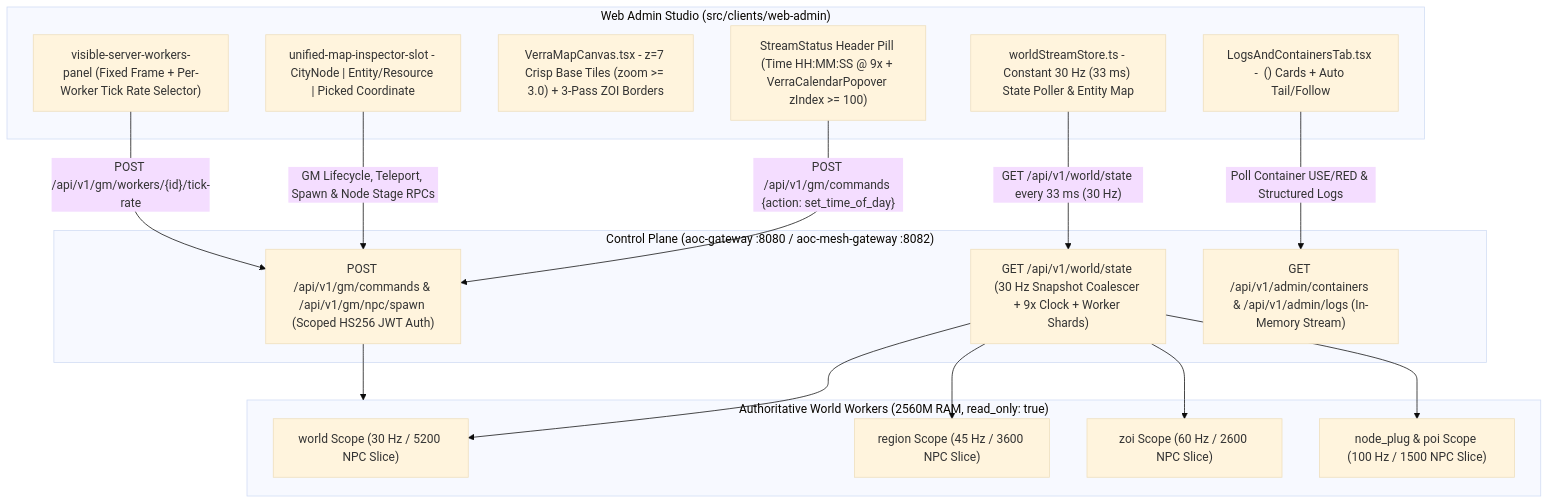
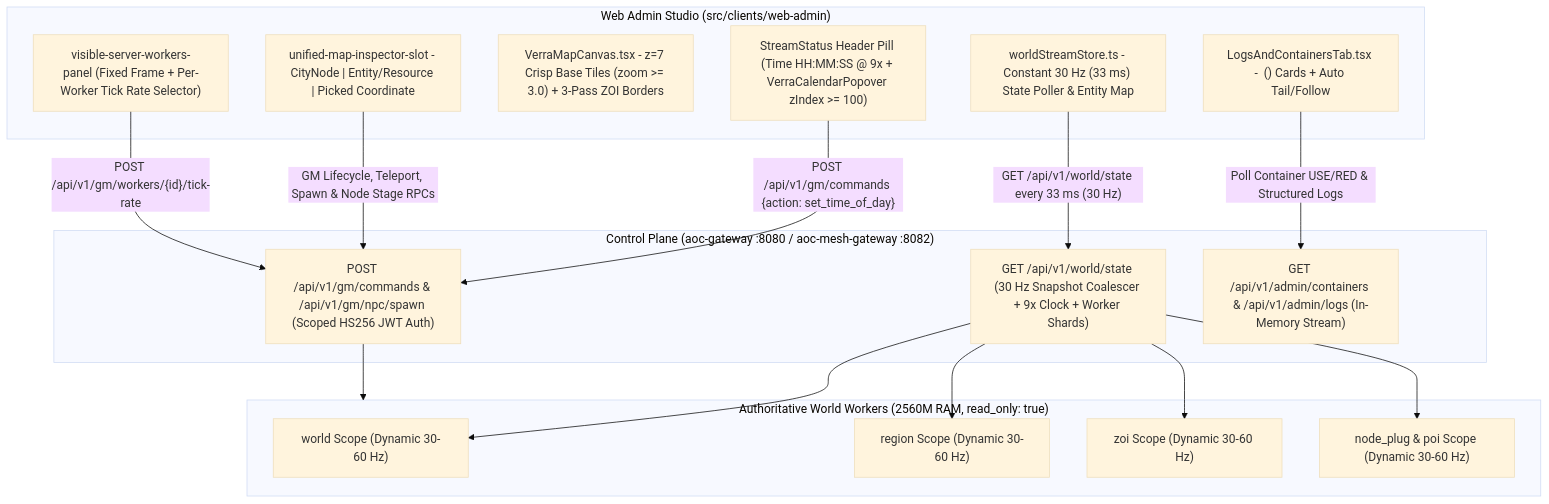
The diagram in docs/WEB_ADMIN_ARCHITECTURE.md (debuggin/SandalCore), drawn with Mermaid (base theme) before and after one commit. The commit also changed other lines of this file and 18 other files, not shown here.

````diff
--- a/docs/WEB_ADMIN_ARCHITECTURE.md
+++ b/docs/WEB_ADMIN_ARCHITECTURE.md
@@ -11,35 +11,35 @@
 ```mermaid
 flowchart TB
     subgraph BrowserSPA["Web Admin Studio (src/clients/web-admin)"]
         Store["worldStreamStore.ts - Constant 30 Hz (33 ms) State Poller & Entity Map"]
         TimePill["StreamStatus Header Pill (Time HH:MM:SS @ 9x + VerraCalendarPopover zIndex >= 100)"]
         Canvas["VerraMapCanvas.tsx - z=7 Crisp Base Tiles (zoom >= 3.0) + 3-Pass ZOI Borders"]
         Inspector["unified-map-inspector-slot - CityNode | Entity/Resource | Picked Coordinate"]
         WorkersDock["visible-server-workers-panel (Fixed Frame + Per-Worker Tick Rate Selector)"]
         LogsTab["LogsAndContainersTab.tsx - <Service Name> (<Protocol>) Cards + Auto Tail/Follow"]
     end
 
     subgraph EdgeControlPlane["Control Plane (aoc-gateway :8080 / aoc-mesh-gateway :8082)"]
         WorldStateAPI["GET /api/v1/world/state (30 Hz Snapshot Coalescer + 9x Clock + Worker Shards)"]
         GmCommandsAPI["POST /api/v1/gm/commands & /api/v1/gm/npc/spawn (Scoped HS256 JWT Auth)"]
         DockerLogsAPI["GET /api/v1/admin/containers & /api/v1/admin/logs (In-Memory Stream)"]
     end
 
     subgraph AuthoritativeWorkers["Authoritative World Workers (2560M RAM, read_only: true)"]
-        WorldScope["world Scope (30 Hz / 5200 NPC Slice)"]
-        RegionScope["region Scope (45 Hz / 3600 NPC Slice)"]
-        ZoiScope["zoi Scope (60 Hz / 2600 NPC Slice)"]
-        CutoutScope["node_plug & poi Scope (100 Hz / 1500 NPC Slice)"]
+        WorldScope["world Scope (Dynamic 30-60 Hz)"]
+        RegionScope["region Scope (Dynamic 30-60 Hz)"]
+        ZoiScope["zoi Scope (Dynamic 30-60 Hz)"]
+        CutoutScope["node_plug & poi Scope (Dynamic 30-60 Hz)"]
     end
 
     Store -->|"GET /api/v1/world/state every 33 ms (30 Hz)"| WorldStateAPI
     TimePill -->|"POST /api/v1/gm/commands {action: set_time_of_day}"| GmCommandsAPI
     Inspector -->|"GM Lifecycle, Teleport, Spawn & Node Stage RPCs"| GmCommandsAPI
     WorkersDock -->|"POST /api/v1/gm/workers/{id}/tick-rate"| GmCommandsAPI
     LogsTab -->|"Poll Container USE/RED & Structured Logs"| DockerLogsAPI
     WorldStateAPI --> WorldScope
     WorldStateAPI --> RegionScope
     WorldStateAPI --> ZoiScope
     WorldStateAPI --> CutoutScope
     GmCommandsAPI --> AuthoritativeWorkers
 ```
````
